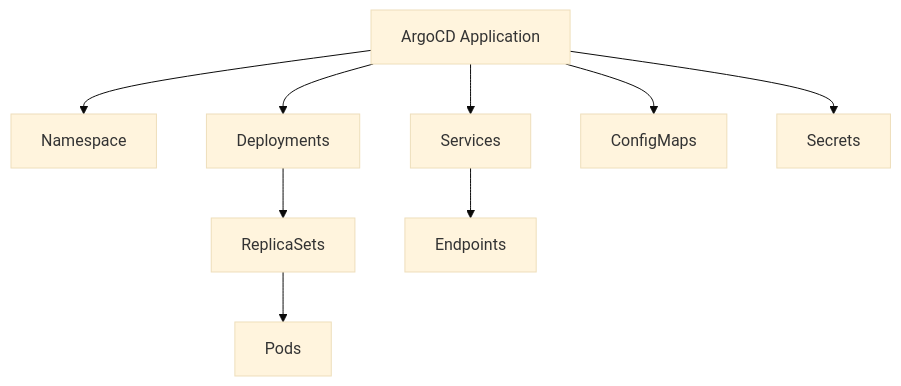
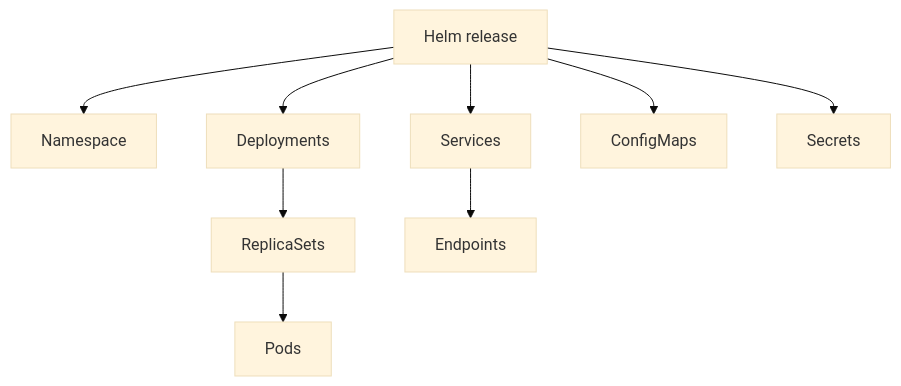
The second of 2 diagrams in concepts/addons.mdx (ankraio/ankra-docs), drawn with Mermaid (base theme) before and after one commit. The commit also changed other lines of this file and 5 other files, not shown here.

````diff
--- a/concepts/addons.mdx
+++ b/concepts/addons.mdx
@@ -57,11 +52,11 @@
 ```mermaid
 flowchart TD
-    App[ArgoCD Application] --> NS[Namespace]
+    App[Helm release] --> NS[Namespace]
     App --> Deploy[Deployments]
     App --> SVC[Services]
     App --> CM[ConfigMaps]
     App --> Secret[Secrets]
     Deploy --> RS[ReplicaSets]
     RS --> Pod[Pods]
     SVC --> EP[Endpoints]
 ```
````
